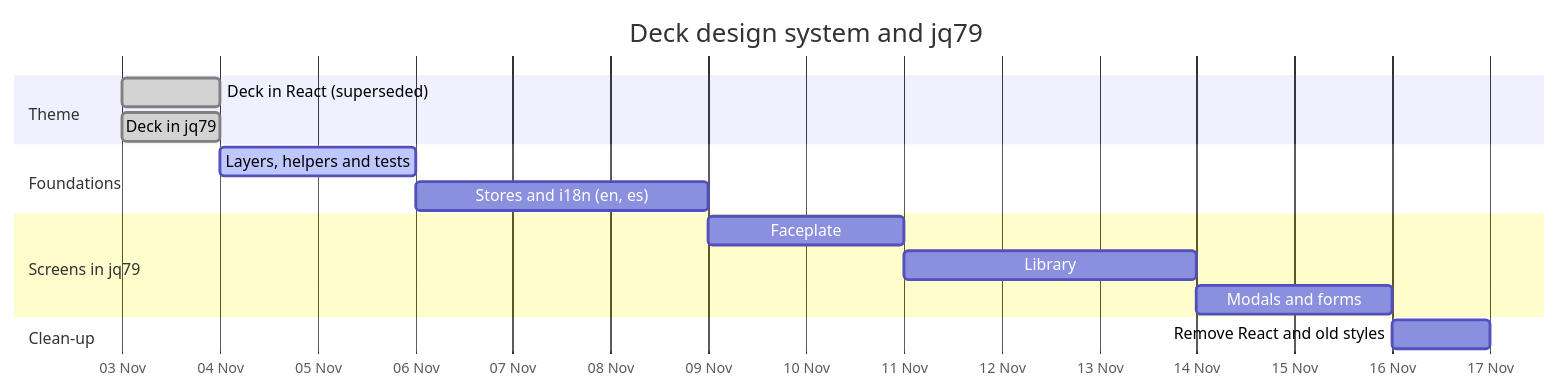
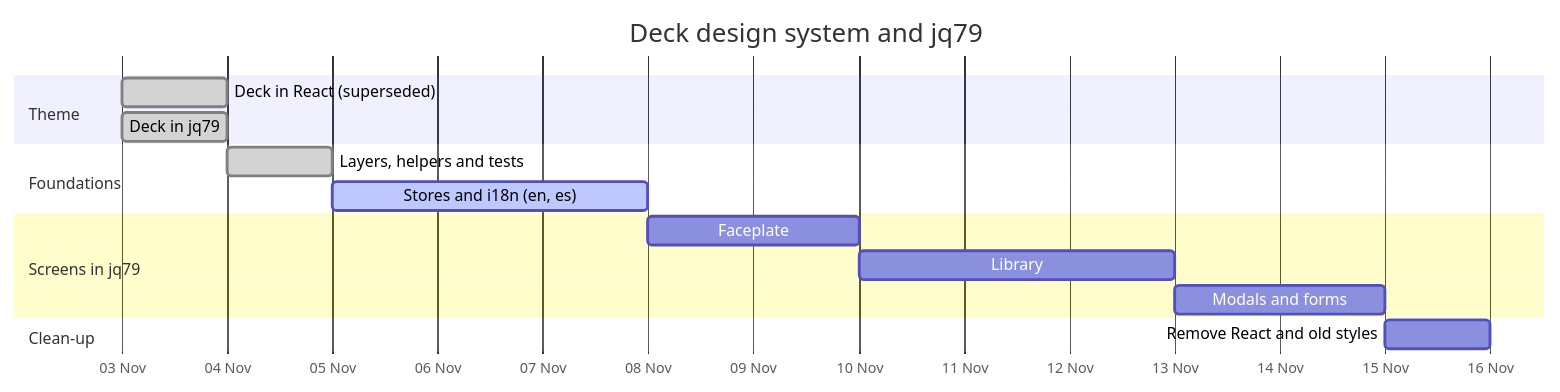
One commit to jgermade/jackbird changed the diagram in ROADMAP/2026-11-03/deck-design-system.md. Above: the diagram before and after it, drawn with Mermaid. The commit also changed 27 other files, not shown here.

First line of the commit message:
feat(helpers): extract pure helpers with tests, enforce layers and per-file coverage

````diff
--- a/ROADMAP/2026-11-03/deck-design-system.md
+++ b/ROADMAP/2026-11-03/deck-design-system.md
@@ -8,18 +8,18 @@
 ```mermaid
 gantt
   title Deck design system and jq79
   dateFormat YYYY-MM-DD
   axisFormat %d %b
   section Theme
     Deck in React (superseded)         :done, react, 2026-11-03, 1d
     Deck in jq79                       :done, theme, 2026-11-03, 1d
   section Foundations
-    Layers, helpers and tests          :active, layers, after theme, 2d
-    Stores and i18n (en, es)           :stores, after layers, 3d
+    Layers, helpers and tests          :done, layers, after theme, 1d
+    Stores and i18n (en, es)           :active, stores, after layers, 3d
   section Screens in jq79
     Faceplate                          :face, after stores, 2d
     Library                            :lib, after face, 3d
     Modals and forms                   :forms, after lib, 2d
   section Clean-up
     Remove React and old styles        :clean, after forms, 1d
 ```
````
